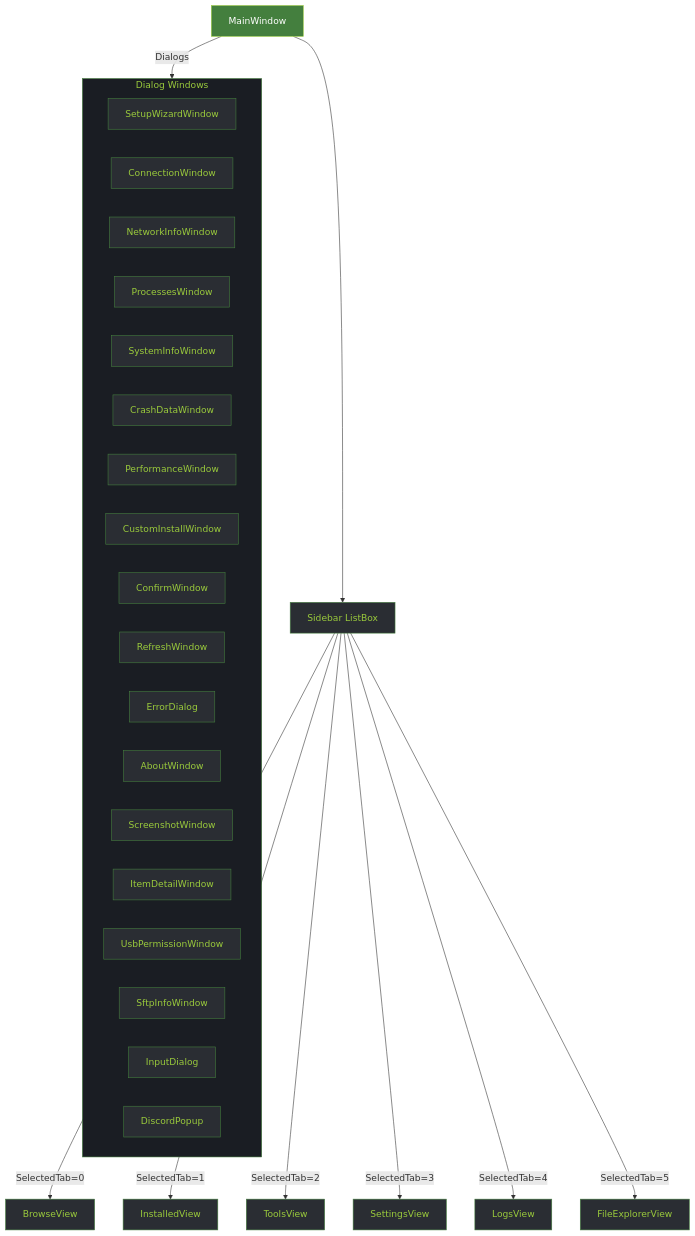
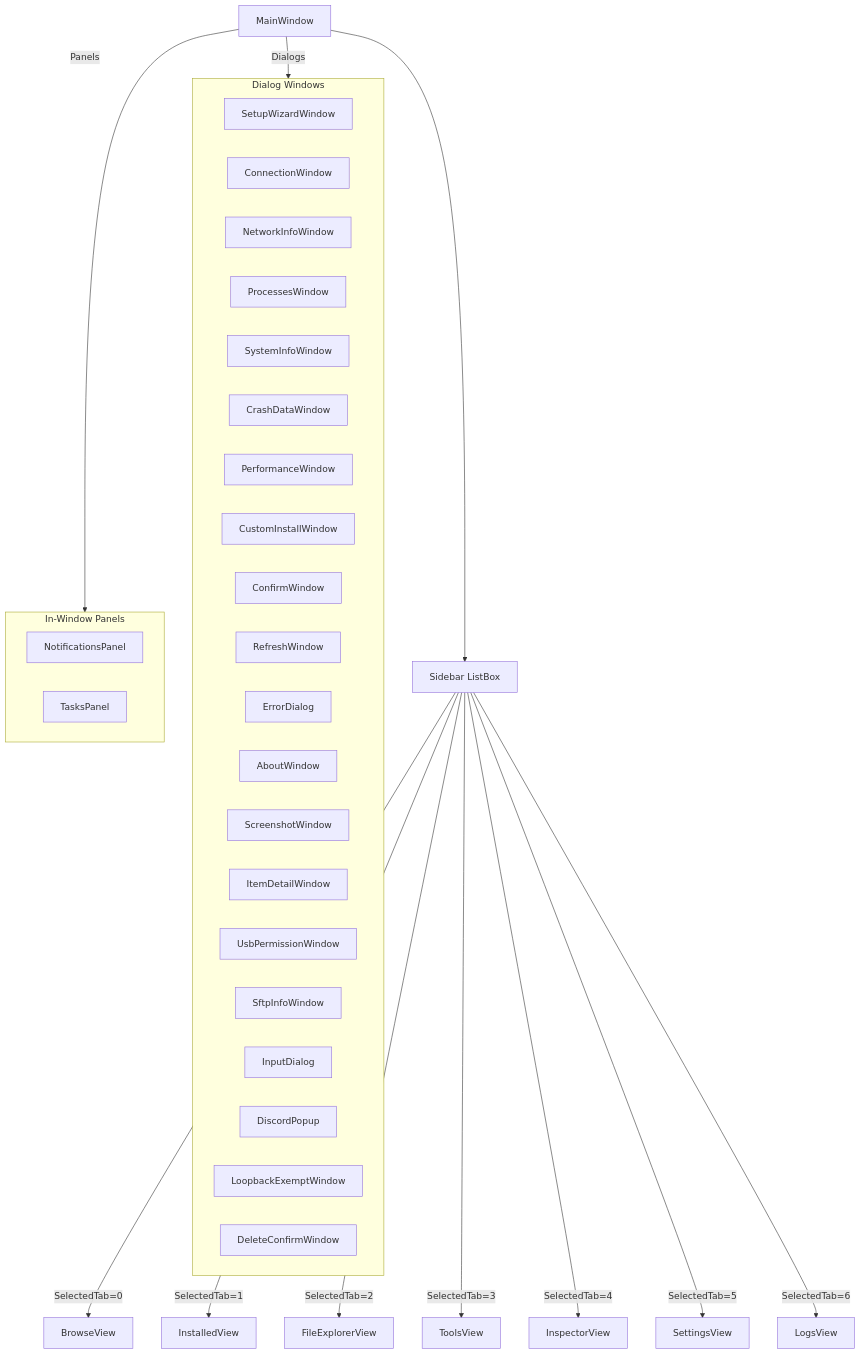
Before and after one commit to marcelofrau/xb-homebrew-vault: the fifth of 5 diagrams in docs/architecture.md, drawn with Mermaid. The commit also changed other lines of this file and 26 other files, not shown here.

````diff
--- a/docs/architecture.md
+++ b/docs/architecture.md
@@ -414,59 +375,39 @@
 ```mermaid
 flowchart TD
     MW[MainWindow] --> SB[Sidebar ListBox]
     SB -->|SelectedTab=0| BV[BrowseView]
     SB -->|SelectedTab=1| IV[InstalledView]
-    SB -->|SelectedTab=2| TV[ToolsView]
-    SB -->|SelectedTab=3| SV[SettingsView]
-    SB -->|SelectedTab=4| LV[LogsView]
-    SB -->|SelectedTab=5| FV[FileExplorerView]
+    SB -->|SelectedTab=2| FV[FileExplorerView]
+    SB -->|SelectedTab=3| TV[ToolsView]
+    SB -->|SelectedTab=4| InV[InspectorView]
+    SB -->|SelectedTab=5| SV[SettingsView]
+    SB -->|SelectedTab=6| LV[LogsView]
     MW -->|Dialogs| Dialogs
+    MW -->|Panels| Panels
     subgraph Dialogs["Dialog Windows"]
         SetupW[SetupWizardWindow]
         CW[ConnectionWindow]
         NIW[NetworkInfoWindow]
         PW[ProcessesWindow]
         SIW[SystemInfoWindow]
         CDW[CrashDataWindow]
         PerfW[PerformanceWindow]
-        CD[CustomInstallWindow]
+        CustW[CustomInstallWindow]
         ConfW[ConfirmWindow]
         RD[RefreshWindow]
         ED[ErrorDialog]
         AW[AboutWindow]
         SS[ScreenshotWindow]
-        ID[ItemDetailWindow]
+        ItemW[ItemDetailWindow]
         UsbW[UsbPermissionWindow]
         SftpW[SftpInfoWindow]
         InD[InputDialog]
         DiscD[DiscordPopup]
+        LbW[LoopbackExemptWindow]
+        DelW[DeleteConfirmWindow]
     end
-    
-    style MW fill:#447F3E,stroke:#9ACA3C,color:#fff
-    style SB fill:#2A2D33,stroke:#447F3E,color:#9ACA3C
-    style BV fill:#2A2D33,stroke:#447F3E,color:#9ACA3C
-    style IV fill:#2A2D33,stroke:#447F3E,color:#9ACA3C
-    style TV fill:#2A2D33,stroke:#447F3E,color:#9ACA3C
-    style SV fill:#2A2D33,stroke:#447F3E,color:#9ACA3C
-    style LV fill:#2A2D33,stroke:#447F3E,color:#9ACA3C
-    style FV fill:#2A2D33,stroke:#447F3E,color:#9ACA3C
-    style Dialogs fill:#1A1D23,stroke:#447F3E,color:#9ACA3C
-    style SetupW fill:#2A2D33,stroke:#447F3E,color:#9ACA3C
-    style CW fill:#2A2D33,stroke:#447F3E,color:#9ACA3C
-    style NIW fill:#2A2D33,stroke:#447F3E,color:#9ACA3C
-    style PW fill:#2A2D33,stroke:#447F3E,color:#9ACA3C
-    style SIW fill:#2A2D33,stroke:#447F3E,color:#9ACA3C
-    style CDW fill:#2A2D33,stroke:#447F3E,color:#9ACA3C
-    style PerfW fill:#2A2D33,stroke:#447F3E,color:#9ACA3C
-    style CD fill:#2A2D33,stroke:#447F3E,color:#9ACA3C
-    style ConfW fill:#2A2D33,stroke:#447F3E,color:#9ACA3C
-    style RD fill:#2A2D33,stroke:#447F3E,color:#9ACA3C
-    style ED fill:#2A2D33,stroke:#447F3E,color:#9ACA3C
-    style AW fill:#2A2D33,stroke:#447F3E,color:#9ACA3C
-    style SS fill:#2A2D33,stroke:#447F3E,color:#9ACA3C
-    style ID fill:#2A2D33,stroke:#447F3E,color:#9ACA3C
-    style UsbW fill:#2A2D33,stroke:#447F3E,color:#9ACA3C
-    style SftpW fill:#2A2D33,stroke:#447F3E,color:#9ACA3C
-    style InD fill:#2A2D33,stroke:#447F3E,color:#9ACA3C
-    style DiscD fill:#2A2D33,stroke:#447F3E,color:#9ACA3C
+    subgraph Panels["In-Window Panels"]
+        NotifP[NotificationsPanel]
+        TasksP[TasksPanel]
+    end
 ```
````
